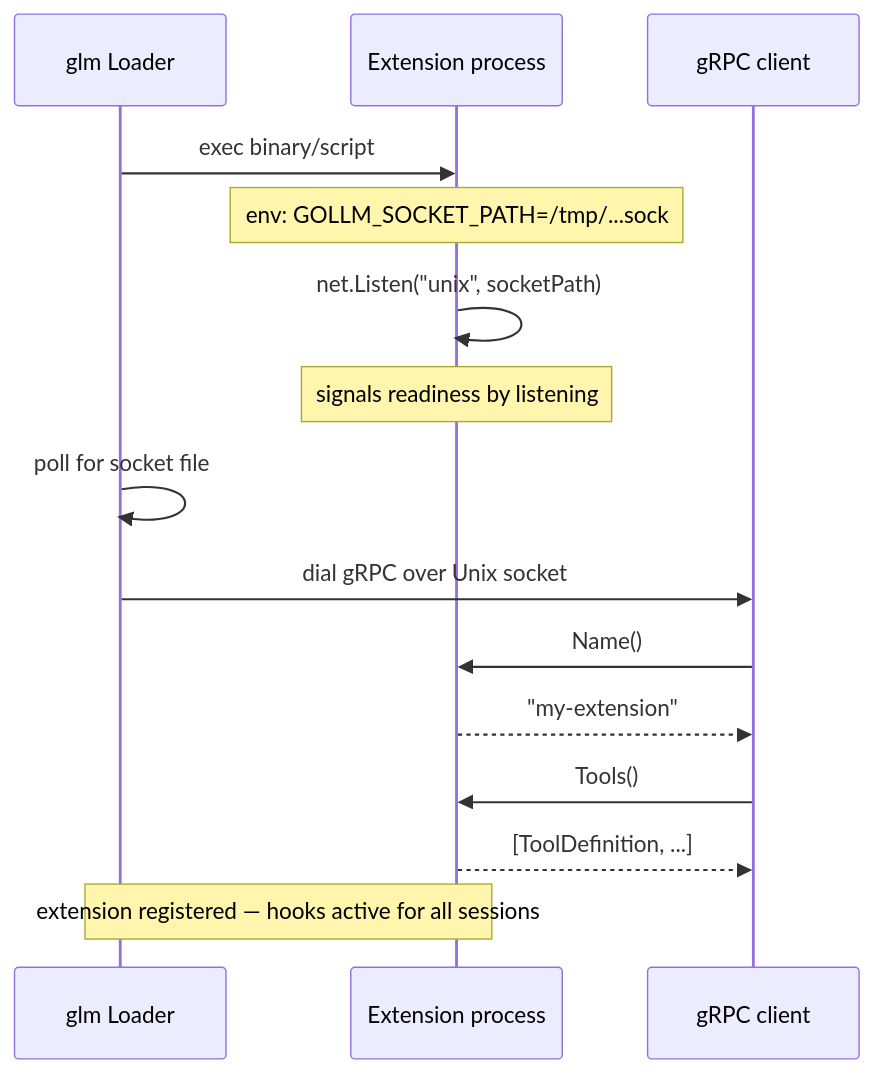
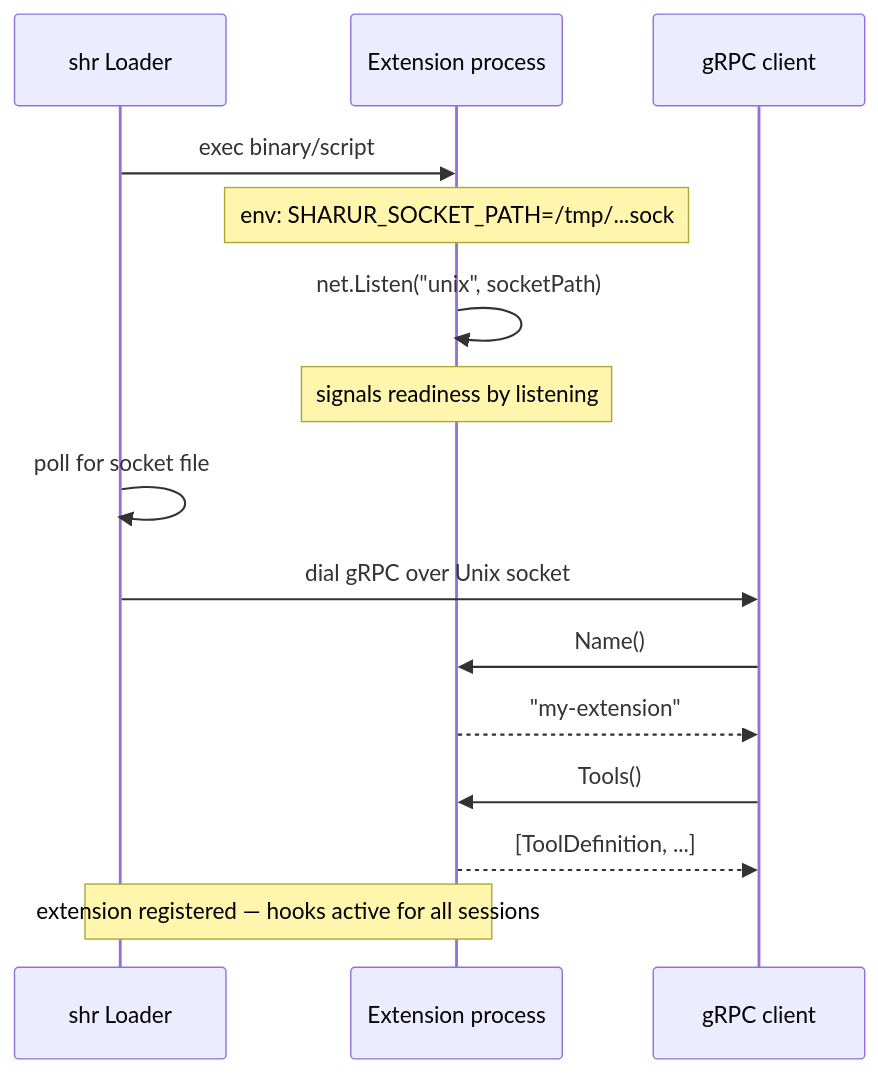
Before and after one commit to goppydae/gollm: the diagram in docs/content/user/extensibility/extensions-grpc.md, drawn with Mermaid. The commit also changed other lines of this file and 90 other files, not shown here.

Commit message:
refactor: Changed project name form gollm (glm) to sharur (shr).

````diff
--- a/docs/content/user/extensibility/extensions-grpc.md
+++ b/docs/content/user/extensibility/extensions-grpc.md
@@ -15,18 +15,18 @@
 ```mermaid
 sequenceDiagram
-    participant Loader as glm Loader
+    participant Loader as shr Loader
     participant Ext as Extension process
     participant Client as gRPC client
 
     Loader->>Ext: exec binary/script
-    note over Ext: env: GOLLM_SOCKET_PATH=/tmp/...sock
+    note over Ext: env: SHARUR_SOCKET_PATH=/tmp/...sock
     Ext->>Ext: net.Listen("unix", socketPath)
     note over Ext: signals readiness by listening
     Loader->>Loader: poll for socket file
     Loader->>Client: dial gRPC over Unix socket
     Client->>Ext: Name()
     Ext-->>Client: "my-extension"
     Client->>Ext: Tools()
     Ext-->>Client: [ToolDefinition, ...]
     note over Loader,Ext: extension registered — hooks active for all sessions
 ```
````
